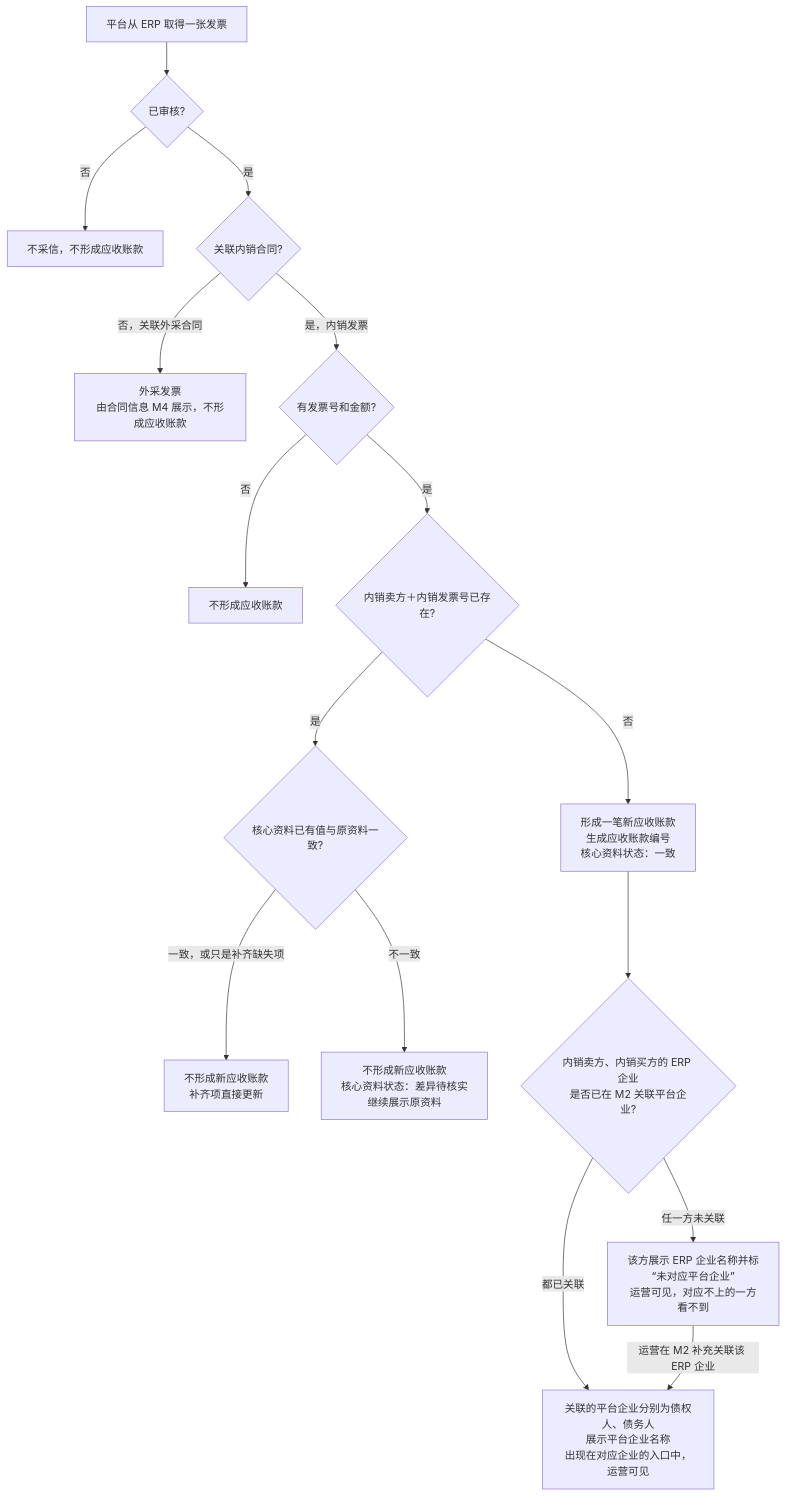
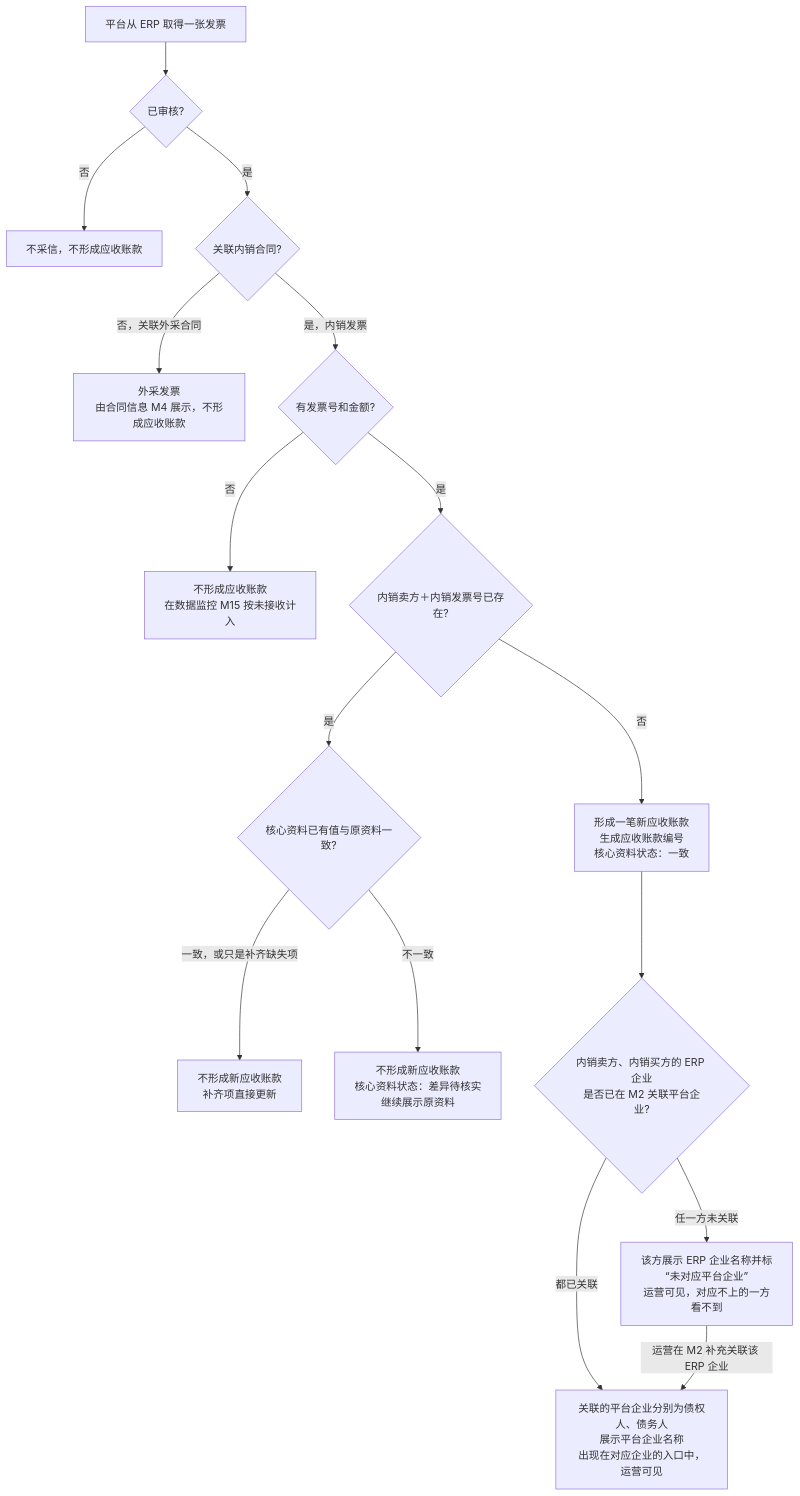
One commit to wxblockchain/Chain-Financing changed the first of 6 diagrams in asset-trust-platform/PRD/两端共用/M3-应收账款与发票/02-应收账款与发票-流程图与状态机.md. Above: the diagram before and after it, drawn with Mermaid. The commit also changed other lines of this file and 3 other files, not shown here.

````diff
--- a/asset-trust-platform/PRD/两端共用/M3-应收账款与发票/02-应收账款与发票-流程图与状态机.md
+++ b/asset-trust-platform/PRD/两端共用/M3-应收账款与发票/02-应收账款与发票-流程图与状态机.md
@@ -19,18 +19,18 @@
 ```mermaid
 flowchart TD
     A[平台从 ERP 取得一张发票] --> A1{已审核?}
     A1 -->|否| A2[不采信，不形成应收账款]
     A1 -->|是| B{关联内销合同?}
     B -->|否，关联外采合同| B1[外采发票<br/>由合同信息 M4 展示，不形成应收账款]
     B -->|是，内销发票| B2{有发票号和金额?}
-    B2 -->|否| B3[不形成应收账款]
+    B2 -->|否| B3[不形成应收账款<br/>在数据监控 M15 按未接收计入]
     B2 -->|是| C{内销卖方＋内销发票号已存在?}
     C -->|否| D[形成一笔新应收账款<br/>生成应收账款编号<br/>核心资料状态：一致]
     C -->|是| F{核心资料已有值与原资料一致?}
     F -->|一致，或只是补齐缺失项| G[不形成新应收账款<br/>补齐项直接更新]
     F -->|不一致| E[不形成新应收账款<br/>核心资料状态：差异待核实<br/>继续展示原资料]
     D --> H{内销卖方、内销买方的 ERP 企业<br/>是否已在 M2 关联平台企业?}
     H -->|都已关联| I[关联的平台企业分别为债权人、债务人<br/>展示平台企业名称<br/>出现在对应企业的入口中，运营可见]
     H -->|任一方未关联| J[该方展示 ERP 企业名称并标“未对应平台企业”<br/>运营可见，对应不上的一方看不到]
     J -->|运营在 M2 补充关联该 ERP 企业| I
 ```
````
